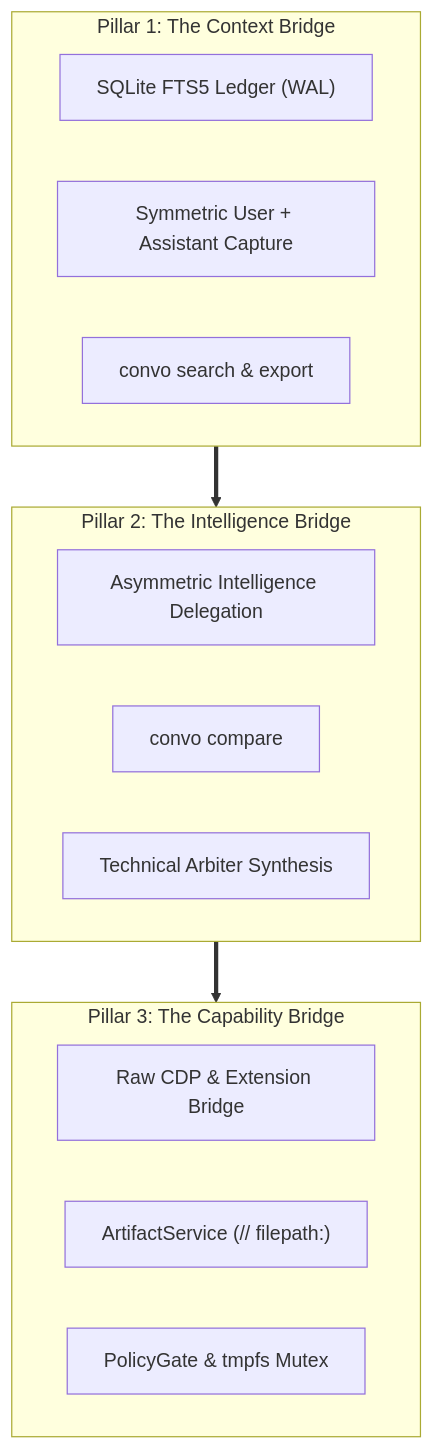
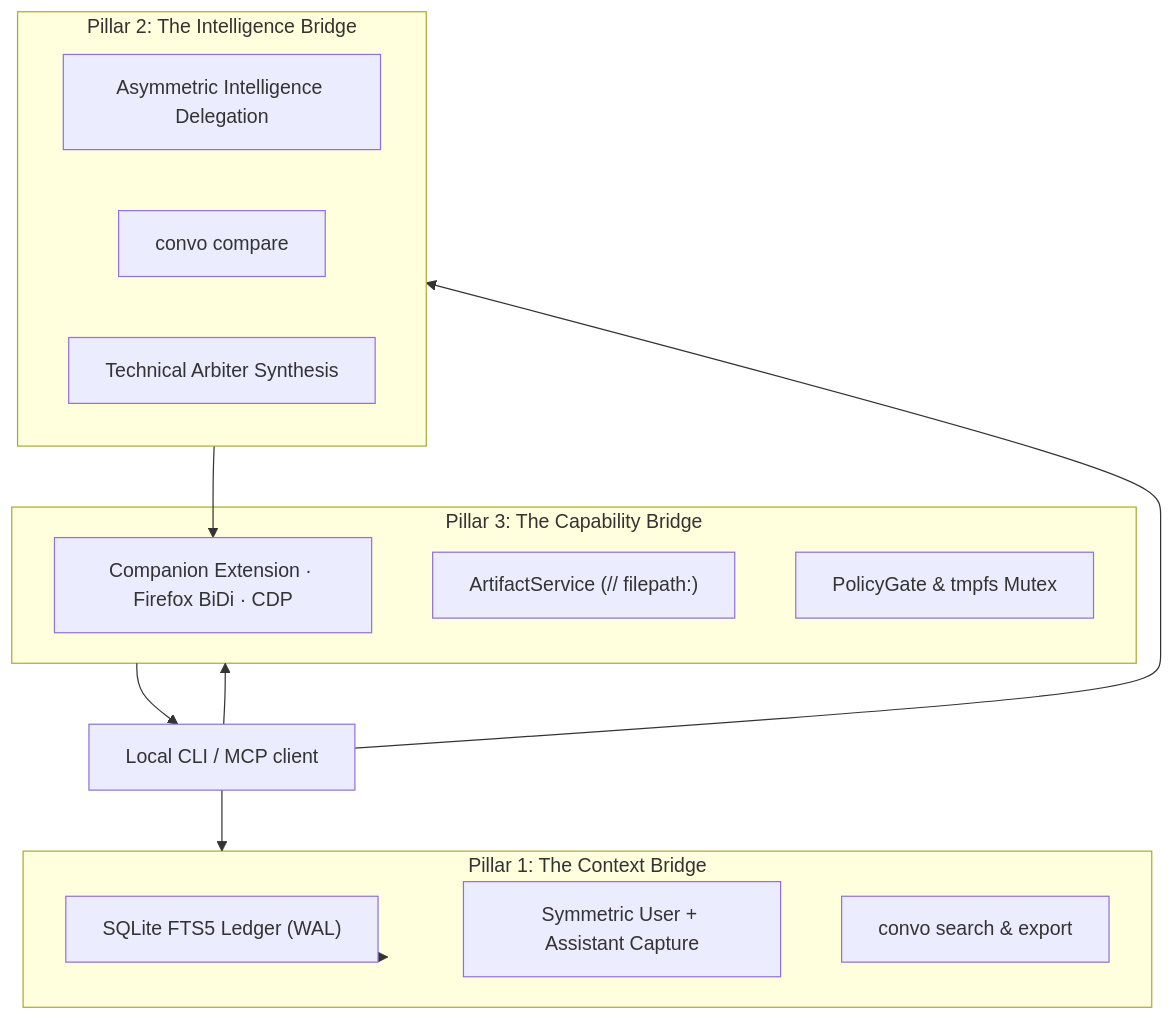
Before and after one commit to 0xTanzim/convolink: the diagram in website/src/content/docs/architecture/three-pillars.mdx, drawn with Mermaid. The commit also changed other lines of this file and 15 other files, not shown here.

````diff
--- a/website/src/content/docs/architecture/three-pillars.mdx
+++ b/website/src/content/docs/architecture/three-pillars.mdx
@@ -10,22 +10,27 @@
 ```mermaid
 flowchart TD
     subgraph P1 ["Pillar 1: The Context Bridge"]
         Ledger["SQLite FTS5 Ledger (WAL)"]
         Symmetric["Symmetric User + Assistant Capture"]
         Search["convo search & export"]
     end
 
     subgraph P2 ["Pillar 2: The Intelligence Bridge"]
         Delegation["Asymmetric Intelligence Delegation"]
         Compare["convo compare"]
         Arbiter["Technical Arbiter Synthesis"]
     end
 
     subgraph P3 ["Pillar 3: The Capability Bridge"]
-        Transports["Raw CDP & Extension Bridge"]
+        Transports["Companion Extension · Firefox BiDi · CDP"]
         Artifacts["ArtifactService (// filepath:)"]
         Safety["PolicyGate & tmpfs Mutex"]
     end
 
-    P1 ==> P2 ==> P3
+    Agent["Local CLI / MCP client"] --> P1
+    Agent --> P2
+    Agent --> P3
+    P1 --> Ledger
+    P2 --> Transports
+    P3 --> Agent
 ```
````
